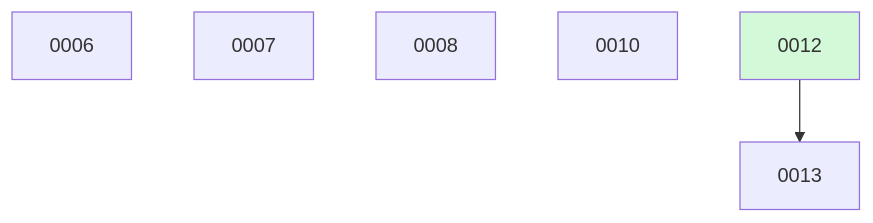
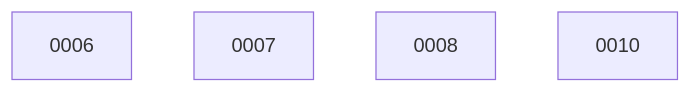
The diagram in docs/changes/BOARD.md (ethanhinson/codeindex), drawn with Mermaid before and after one commit. The commit also changed other lines of this file, not shown here.

````diff
--- a/docs/changes/BOARD.md
+++ b/docs/changes/BOARD.md
@@ -20,10 +14,7 @@
 ```mermaid
 graph TD
   0006
   0007
   0008
   0010
-  0012 --> 0013
-  0012:::done
-  classDef done fill:#d3f9d8;
 ```
````
